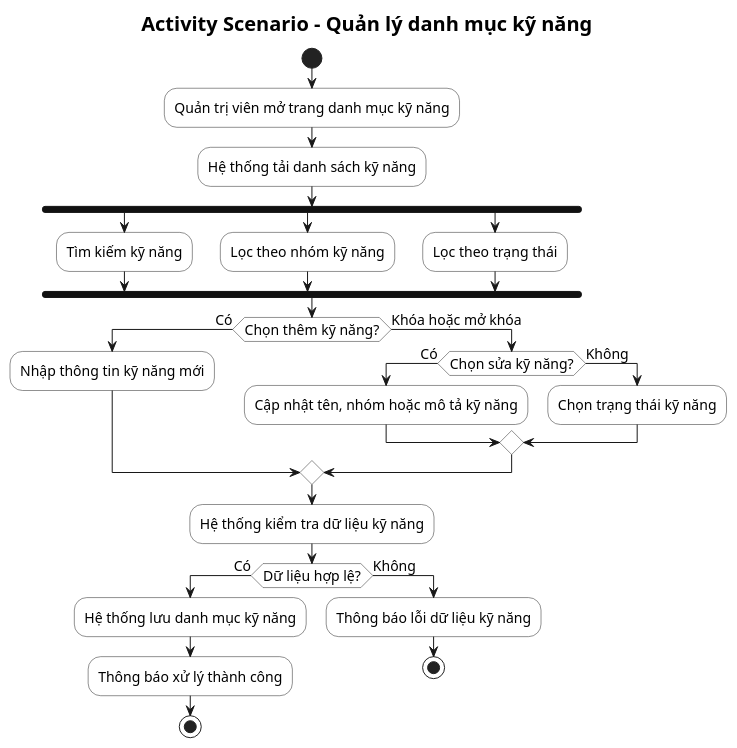
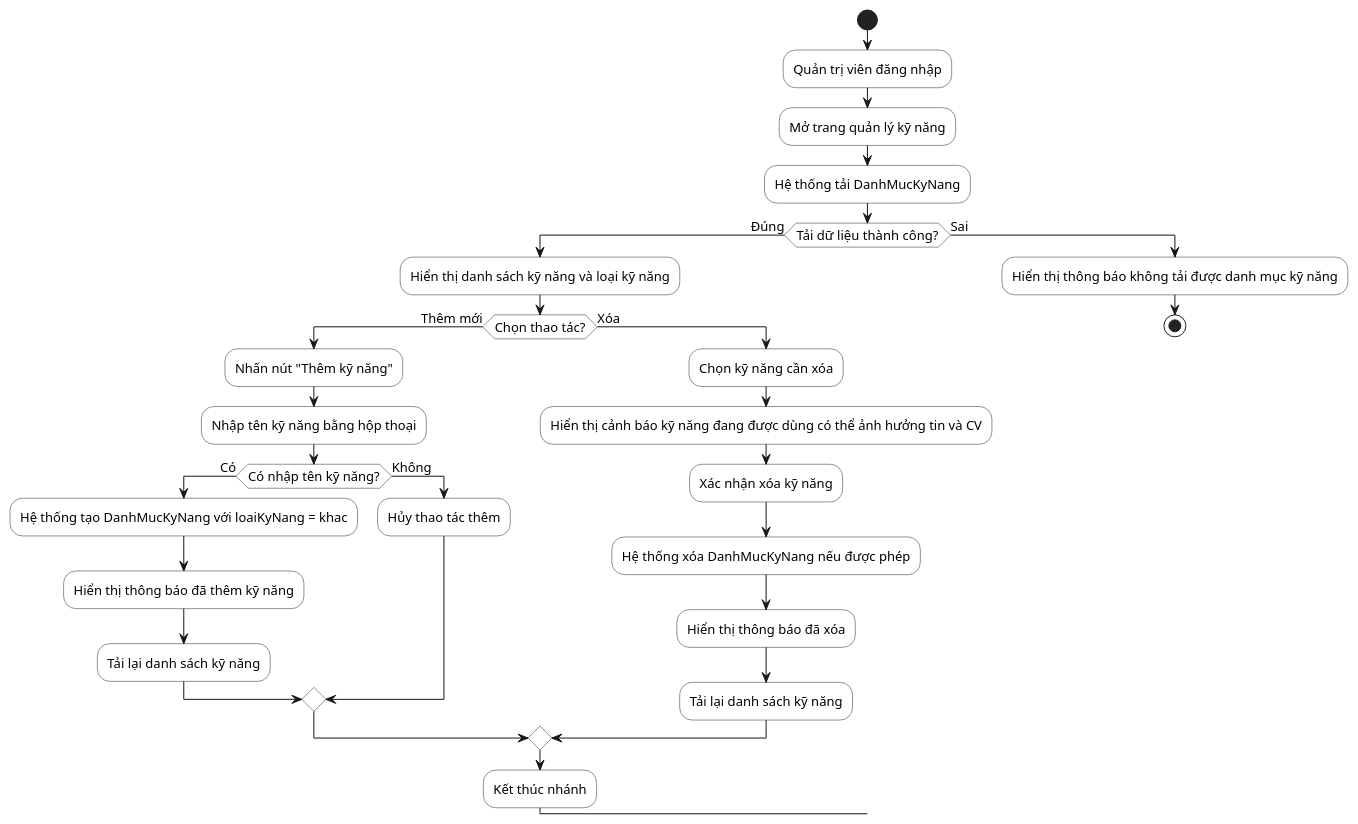
Before and after one commit to hole-six/DoAn: the diagram in docs/so-do/02-activity/23-activity-quan-ly-danh-muc-ky-nang.puml, drawn with PlantUML. The commit also changed 84 other files, not shown here.

```diff
--- a/docs/so-do/02-activity/23-activity-quan-ly-danh-muc-ky-nang.puml
+++ b/docs/so-do/02-activity/23-activity-quan-ly-danh-muc-ky-nang.puml
@@ -1,45 +1,42 @@
 @startuml
 skinparam defaultFontName "Segoe UI"
-skinparam titleFontName "Segoe UI"
-skinparam defaultFontSize 14
-skinparam titleFontSize 20
+skinparam defaultFontSize 13
 skinparam shadowing false
 skinparam linetype ortho
 skinparam activity {
   BackgroundColor White
   BorderColor #222222
   DiamondBackgroundColor White
   DiamondBorderColor #222222
   BarColor #111111
 }
-title Activity Scenario - Quản lý danh mục kỹ năng
-
 start
-:Quản trị viên mở trang danh mục kỹ năng;
-:Hệ thống tải danh sách kỹ năng;
-fork
-  :Tìm kiếm kỹ năng;
-fork again
-  :Lọc theo nhóm kỹ năng;
-fork again
-  :Lọc theo trạng thái;
-end fork
-if (Chọn thêm kỹ năng?) then (Có)
-  :Nhập thông tin kỹ năng mới;
-else (Khóa hoặc mở khóa)
-  if (Chọn sửa kỹ năng?) then (Có)
-    :Cập nhật tên, nhóm hoặc mô tả kỹ năng;
-  else (Không)
-    :Chọn trạng thái kỹ năng;
+:Quản trị viên đăng nhập;
+:Mở trang quản lý kỹ năng;
+:Hệ thống tải DanhMucKyNang;
+if (Tải dữ liệu thành công?) then (Đúng)
+  :Hiển thị danh sách kỹ năng và loại kỹ năng;
+  if (Chọn thao tác?) then (Thêm mới)
+    :Nhấn nút "Thêm kỹ năng";
+    :Nhập tên kỹ năng bằng hộp thoại;
+    if (Có nhập tên kỹ năng?) then (Có)
+      :Hệ thống tạo DanhMucKyNang với loaiKyNang = khac;
+      :Hiển thị thông báo đã thêm kỹ năng;
+      :Tải lại danh sách kỹ năng;
+    else (Không)
+      :Hủy thao tác thêm;
+    endif
+  else (Xóa)
+    :Chọn kỹ năng cần xóa;
+    :Hiển thị cảnh báo kỹ năng đang được dùng có thể ảnh hưởng tin và CV;
+    :Xác nhận xóa kỹ năng;
+    :Hệ thống xóa DanhMucKyNang nếu được phép;
+    :Hiển thị thông báo đã xóa;
+    :Tải lại danh sách kỹ năng;
   endif
-endif
-:Hệ thống kiểm tra dữ liệu kỹ năng;
-if (Dữ liệu hợp lệ?) then (Có)
-  :Hệ thống lưu danh mục kỹ năng;
-  :Thông báo xử lý thành công;
-  stop
-else (Không)
-  :Thông báo lỗi dữ liệu kỹ năng;
+  :Kết thúc nhánh;
+else (Sai)
+  :Hiển thị thông báo không tải được danh mục kỹ năng;
   stop
 endif
 @enduml
```
